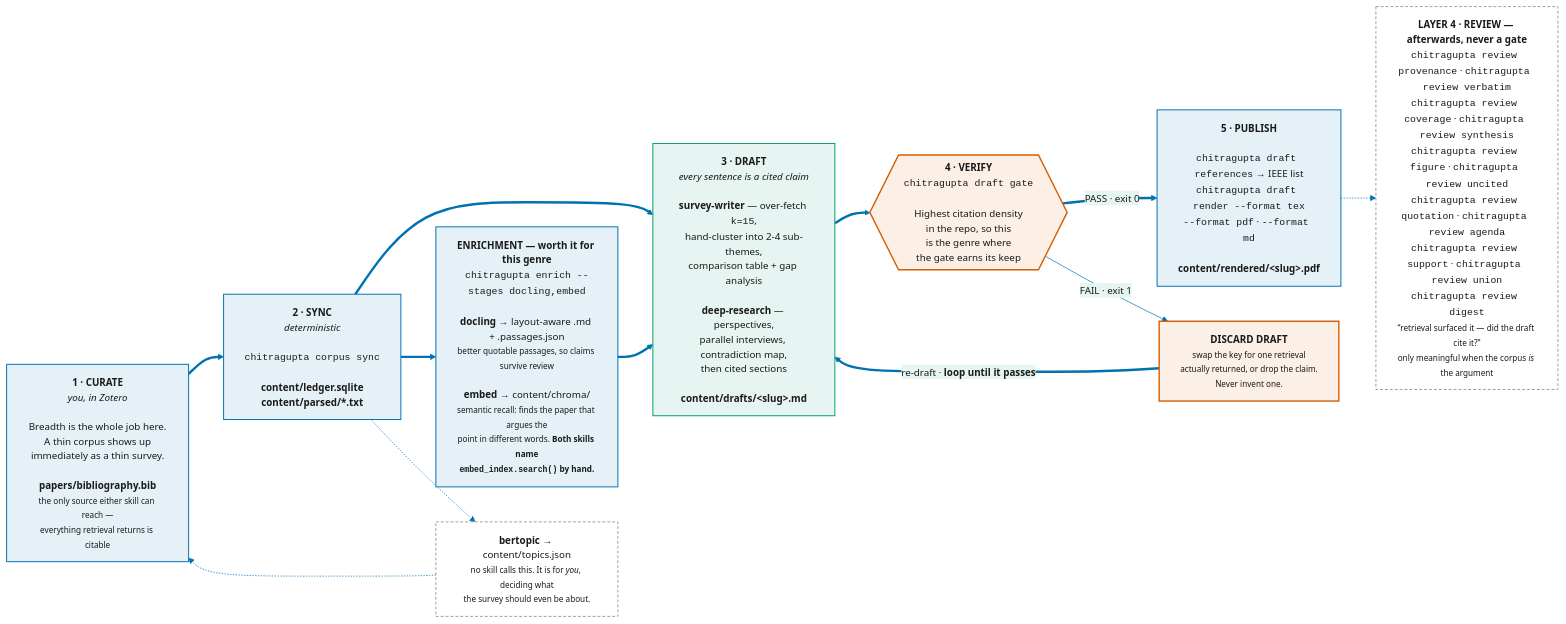
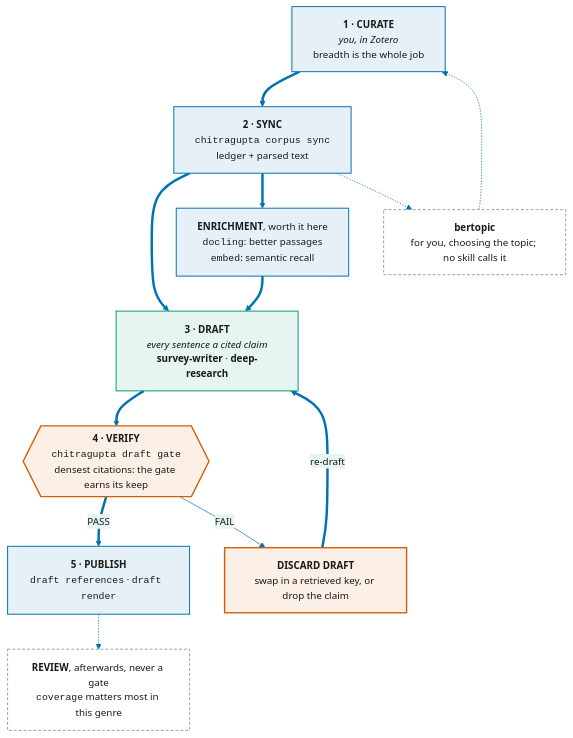
The seventh of 14 diagrams in docs/DIAGRAMS.md (prasadtalasila/chitragupta), drawn with Mermaid before and after one commit. The commit also changed other lines of this file and 145 other files, not shown here.

````diff
--- a/docs/DIAGRAMS.md
+++ b/docs/DIAGRAMS.md
@@ -789,58 +654,58 @@
 ```mermaid
 %%{init: {
   "theme": "base",
   "themeVariables": {
     "fontSize": "14px",
     "primaryColor": "#E6F1F7",
     "primaryBorderColor": "#0072B2",
     "primaryTextColor": "#1A1A1A",
     "lineColor": "#0072B2",
     "secondaryColor": "#E6F5F1",
     "secondaryBorderColor": "#009E73",
     "tertiaryColor": "#FBEFE6",
     "tertiaryBorderColor": "#D55E00"
   }
 }}%%
-flowchart LR
+flowchart TB
 
-  P0["<b>1 · CURATE</b><br/><i>you, in Zotero</i><br/><br/>Breadth is the whole job here.<br/>A thin corpus shows up<br/>immediately as a thin survey.<br/><br/><b>papers/bibliography.bib</b><br/><small>the only source either skill can reach —<br/>everything retrieval returns is citable</small>"]
+  P0["<b>1 · CURATE</b><br/><i>you, in Zotero</i><br/>breadth is the whole job"]
 
-  P1["<b>2 · SYNC</b><br/><i>deterministic</i><br/><br/><code>chitragupta corpus sync</code><br/><br/><b>content/ledger.sqlite</b><br/><b>content/parsed/*.txt</b>"]
+  P1["<b>2 · SYNC</b><br/><code>chitragupta corpus sync</code><br/>ledger + parsed text"]
 
-  HEAVY["<b>ENRICHMENT — worth it for this genre</b><br/><code>chitragupta enrich --stages docling,embed</code><br/><br/><b>docling</b> → layout-aware .md + .passages.json<br/><small>better quotable passages, so claims survive review</small><br/><br/><b>embed</b> → content/chroma/<br/><small>semantic recall: finds the paper that argues the<br/>point in different words. <b>Both skills name<br/><code>embed_index.search()</code> by hand.</b></small>"]
+  HEAVY["<b>ENRICHMENT</b>, worth it here<br/><code>docling</code>: better passages<br/><code>embed</code>: semantic recall"]
 
-  P2["<b>3 · DRAFT</b><br/><i>every sentence is a cited claim</i><br/><br/><b>survey-writer</b> — over-fetch <code>k=15</code>,<br/>hand-cluster into 2-4 sub-themes,<br/>comparison table + gap analysis<br/><br/><b>deep-research</b> — perspectives,<br/>parallel interviews, contradiction map,<br/>then cited sections<br/><br/><b>content/drafts/&lt;slug&gt;.md</b>"]
+  P2["<b>3 · DRAFT</b><br/><i>every sentence a cited claim</i><br/><b>survey-writer</b> · <b>deep-research</b>"]
 
-  P3{{"<b>4 · VERIFY</b><br/><code>chitragupta draft gate</code><br/><br/>Highest citation density<br/>in the repo, so this<br/>is the genre where<br/>the gate earns its keep"}}
+  P3{{"<b>4 · VERIFY</b><br/><code>chitragupta draft gate</code><br/>densest citations: the gate earns its keep"}}
 
-  FIX["<b>DISCARD DRAFT</b><br/><small>swap the key for one retrieval<br/>actually returned, or drop the claim.<br/>Never invent one.</small>"]
+  FIX["<b>DISCARD DRAFT</b><br/>swap in a retrieved key, or drop the claim"]
 
-  P4["<b>5 · PUBLISH</b><br/><br/><code>chitragupta draft references</code> → IEEE list<br/><code>chitragupta draft render --format tex</code><br/><code>--format pdf</code> · <code>--format md</code><br/><br/><b>content/rendered/&lt;slug&gt;.pdf</b>"]
+  P4["<b>5 · PUBLISH</b><br/><code>draft references</code> · <code>draft render</code>"]
 
-  AID["<b>LAYER 4 · REVIEW — afterwards, never a gate</b><br/><code>chitragupta review provenance</code> · <code>chitragupta review verbatim</code><br/><code>chitragupta review coverage</code> · <code>chitragupta review synthesis</code><br/><code>chitragupta review figure</code> · <code>chitragupta review uncited</code><br/><code>chitragupta review quotation</code> · <code>chitragupta review agenda</code><br/><code>chitragupta review support</code> · <code>chitragupta review union</code><br/><code>chitragupta review digest</code><br/><small>“retrieval surfaced it — did the draft cite it?”<br/>only meaningful when the corpus <i>is</i> the argument</small>"]
+  AID["<b>REVIEW</b>, afterwards, never a gate<br/><code>coverage</code> matters most in this genre"]
 
-  BERT["<b>bertopic</b> → content/topics.json<br/><small>no skill calls this. It is for <i>you</i>, deciding what<br/>the survey should even be about.</small>"]
+  BERT["<b>bertopic</b><br/>for you, choosing the topic; no skill calls it"]
 
   P0 ==> P1 ==> P2 ==> P3
   P1 ==> HEAVY ==> P2
-  P3 == "PASS · exit 0" ==> P4
-  P3 -- "FAIL · exit 1" --> FIX
-  FIX == "re-draft · <b>loop until it passes</b>" ==> P2
+  P3 == "PASS" ==> P4
+  P3 -- "FAIL" --> FIX
+  FIX == "re-draft" ==> P2
   P4 -.-> AID
   P1 -.-> BERT -.-> P0
 
   class P0 flow
   class P1 flow
   class P2 alt
   class P3 key
   class P4 flow
   class FIX key
   class HEAVY flow
   class AID,BERT absent
 
   %% house roles: generated by scripts/render_diagrams.py --sync
   classDef flow fill:#E6F1F7,stroke:#0072B2,stroke-width:1.4px,color:#1A1A1A
   classDef alt fill:#E6F5F1,stroke:#009E73,stroke-width:1.4px,color:#1A1A1A
   classDef key fill:#FBEFE6,stroke:#D55E00,stroke-width:2px,color:#1A1A1A
   classDef absent fill:#FFFFFF,stroke:#8C8C8C,stroke-width:1.2px,stroke-dasharray:4 3,color:#1A1A1A
 ```
````
